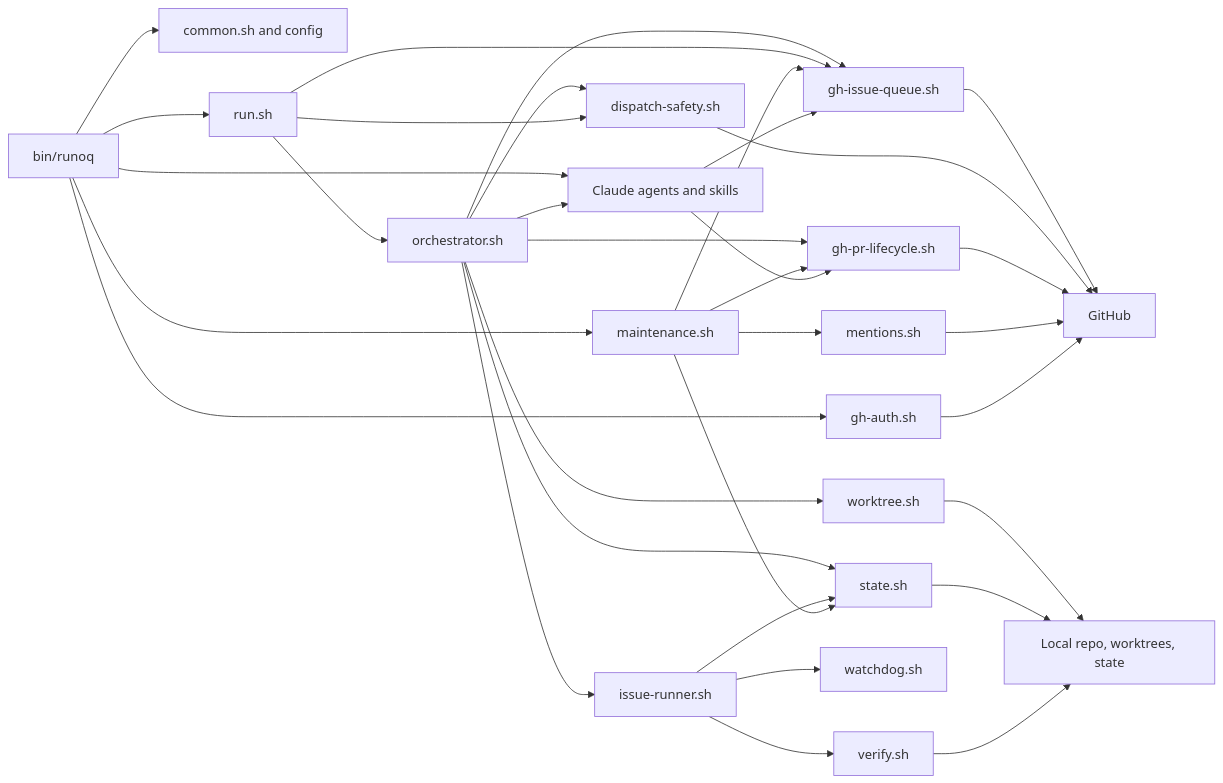
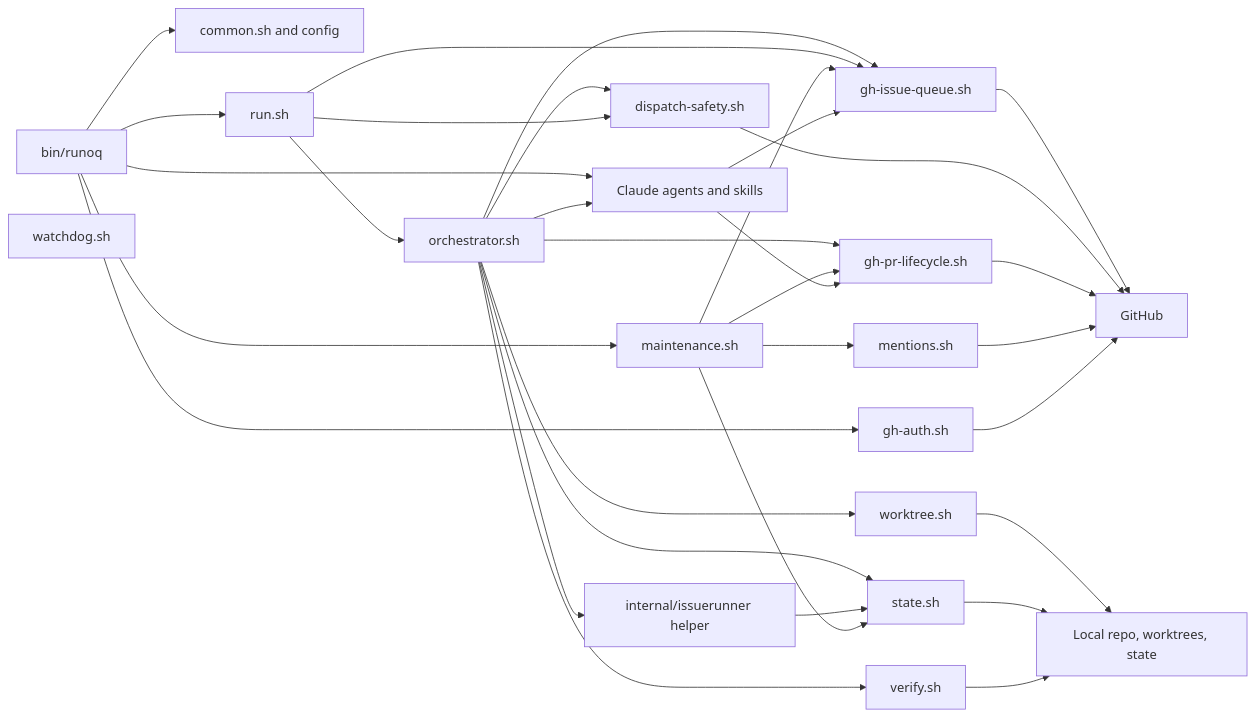
The third of 3 diagrams in docs/architecture/overview.md (morhekil/runoq), drawn with Mermaid before and after one commit. The commit also changed other lines of this file and 12 other files, not shown here.

````diff
--- a/docs/architecture/overview.md
+++ b/docs/architecture/overview.md
@@ -82,54 +82,53 @@
 ```mermaid
 flowchart LR
   cli[bin/runoq]
   common[common.sh and config]
   auth[gh-auth.sh]
   queue[gh-issue-queue.sh]
   safety[dispatch-safety.sh]
   worktree[worktree.sh]
   pr[gh-pr-lifecycle.sh]
   run[run.sh]
   orchestrator[orchestrator.sh]
-  issuerunner[issue-runner.sh]
+  issuerunner[internal/issuerunner helper]
   verify[verify.sh]
   state[state.sh]
   maint[maintenance.sh]
   mentions[mentions.sh]
   watchdog[watchdog.sh]
   agents[Claude agents and skills]
   github[GitHub]
   fs[Local repo, worktrees, state]
 
   cli --> common
   cli --> auth
   cli --> run
   cli --> maint
   cli --> agents
   run --> orchestrator
   orchestrator --> queue
   orchestrator --> safety
   orchestrator --> worktree
   orchestrator --> pr
   orchestrator --> issuerunner
   orchestrator --> state
   orchestrator --> agents
-  issuerunner --> verify
+  orchestrator --> verify
   issuerunner --> state
-  issuerunner --> watchdog
   run --> queue
   run --> safety
   maint --> state
   maint --> mentions
   maint --> queue
   maint --> pr
   agents --> queue
   agents --> pr
   queue --> github
   safety --> github
   pr --> github
   mentions --> github
   auth --> github
   worktree --> fs
   state --> fs
   verify --> fs
 ```
````
